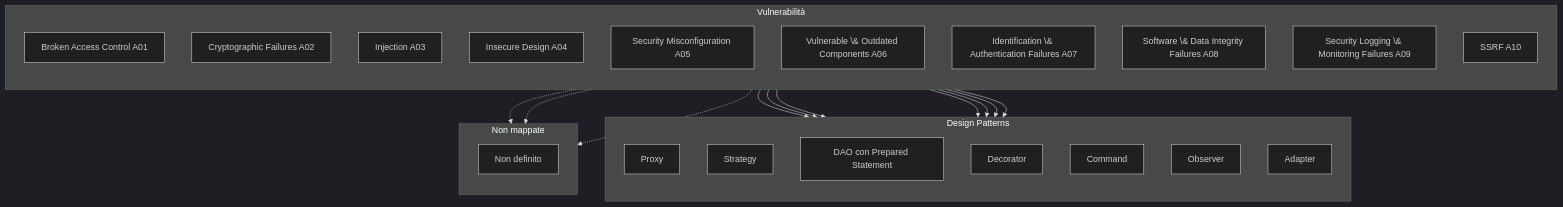
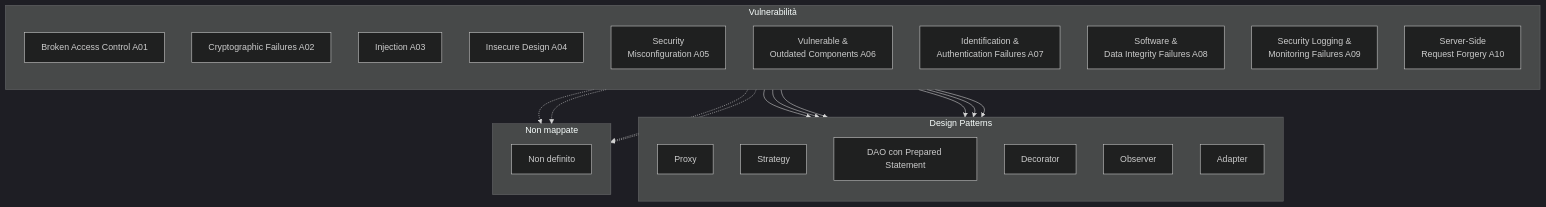
One commit to NabboGamer/Design-Patterns-for-Security-Demo changed the diagram in doc/mappatura_vulnerabilità_design_patterns.md. Above: the diagram before and after it, drawn with Mermaid (dark theme). The commit also changed other lines of this file and 15 other files, not shown here.

````diff
--- a/doc/mappatura_vulnerabilità_design_patterns.md
+++ b/doc/mappatura_vulnerabilità_design_patterns.md
@@ -370,50 +343,49 @@
 ```mermaid
 graph TD
     %% Sottosezione Vulnerabilità (OWASP Top 10 2021)
     subgraph "Vulnerabilità"
         direction TB
         A01[Broken Access Control A01]
         A02[Cryptographic Failures A02]
         A03[Injection A03]
         A04[Insecure Design A04]
-        A05[Security Misconfiguration A05]
-        A06[Vulnerable \& Outdated Components A06]
-        A07[Identification \& Authentication Failures A07]
-        A08[Software \& Data Integrity Failures A08]
-        A09[Security Logging \& Monitoring Failures A09]
-        A10[SSRF A10]
+        A05[Security <br /> Misconfiguration A05]
+        A06[Vulnerable &<br /> Outdated Components A06]
+        A07[Identification &<br /> Authentication Failures A07]
+        A08[Software &<br /> Data Integrity Failures A08]
+        A09[Security Logging &<br /> Monitoring Failures A09]
+        A10[Server-Side <br /> Request Forgery A10]
     end
 
     %% Sottosezione Design Patterns
     subgraph "Design Patterns"
         direction TB
         DP1[Proxy]
         DP2[Strategy]
         DP3[DAO con Prepared Statement]
         DP4[Decorator]
-        DP5[Command]
         DP6[Observer]
         DP7[Adapter]
     end
 
     %% Nodo per le vulnerabilità non mappate
     subgraph "Non mappate"
         direction TB
         NM[Non definito]
     end
 
     %% Collegamenti per le vulnerabilità con mapping
     A01 --> DP1
     A02 --> DP2
     A03 --> DP3
     A07 --> DP4
-    A08 --> DP5
     A09 --> DP6
     A10 --> DP7
 
     %% Collegamenti per le vulnerabilità senza mapping
     A04 -.-> NM
     A05 -.-> NM
     A06 -.-> NM
+    A08 -.-> NM
 
 ```
````
